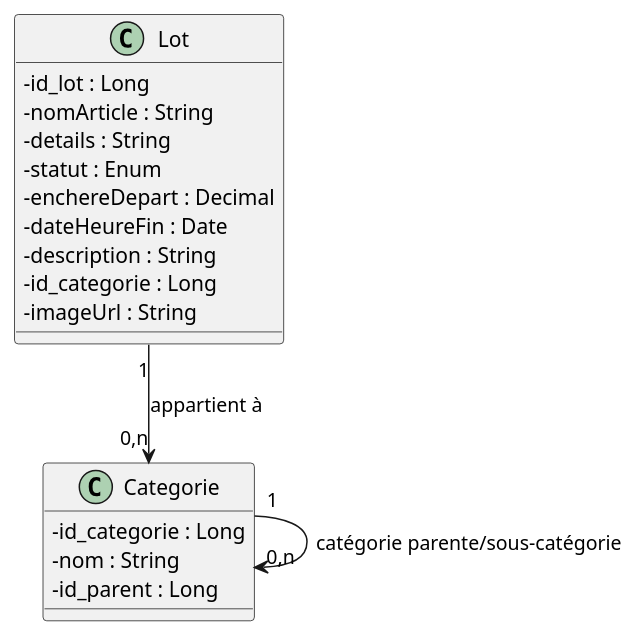
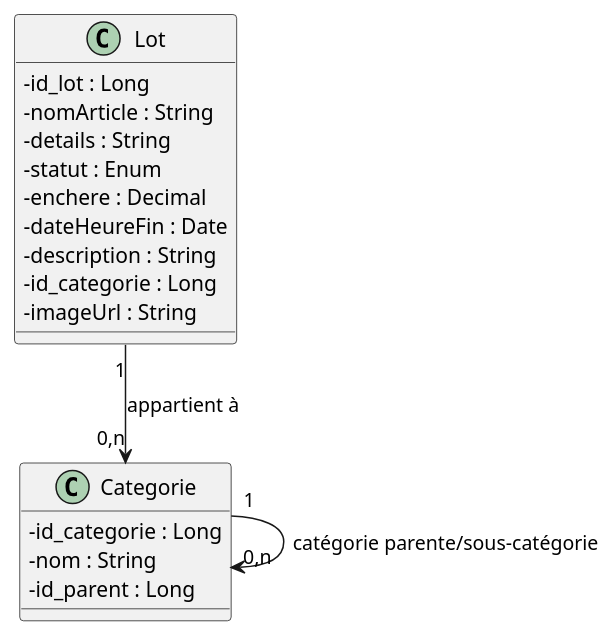
The diagram in docs/domain_model.puml (ETML-ES-LABEFE-SAM-YOAN/BACKEND), drawn with PlantUML before and after one commit. The commit also changed 2 other files, not shown here.

```diff
--- a/docs/domain_model.puml
+++ b/docs/domain_model.puml
@@ -1,26 +1,26 @@
 @startuml
 
 skinparam classAttributeIconSize 0
 
 class Lot {
     - id_lot : Long
     - nomArticle : String
     - details : String
     - statut : Enum
-    - enchereDepart : Decimal
+    - enchere : Decimal
     - dateHeureFin : Date
     - description : String
     - id_categorie : Long
     - imageUrl : String
 }
 
 class Categorie {
     - id_categorie : Long
     - nom : String
     - id_parent : Long
 }
 
 Lot "1" --> "0,n" Categorie : "appartient à"
 Categorie "1" --> "0,n" Categorie : "catégorie parente/sous-catégorie"
 
 @enduml
```
